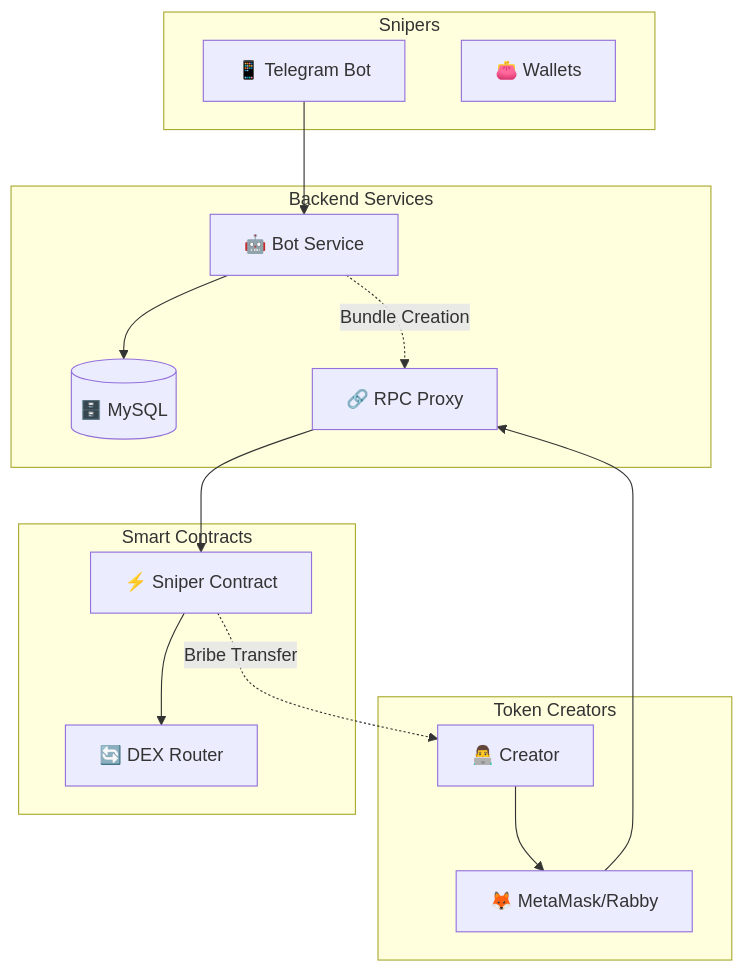
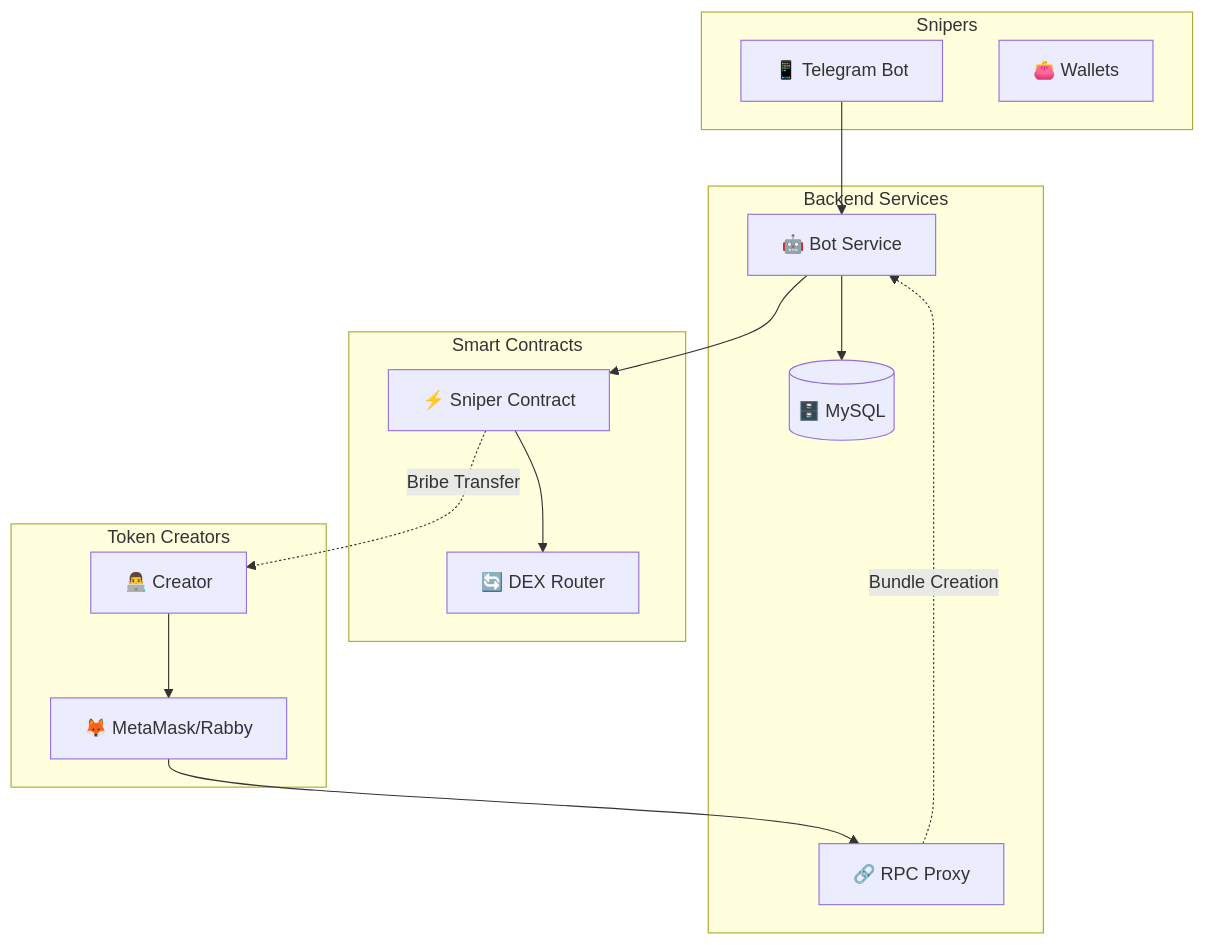
The first of 2 diagrams in README.md (Spame-pr/hack-sniper), drawn with Mermaid before and after one commit.

````diff
--- a/README.md
+++ b/README.md
@@ -16,33 +16,33 @@
 ```mermaid
 graph TB
     subgraph "Snipers"
         TG[📱 Telegram Bot]
         W[👛 Wallets]
     end
     
     subgraph "Backend Services"
         BS[🤖 Bot Service]
         RPC[🔗 RPC Proxy]
         DB[(🗄️ MySQL)]
     end
     
     subgraph "Smart Contracts"
         SC[⚡ Sniper Contract]
         DEX[🔄 DEX Router]
     end
     
     subgraph "Token Creators"
         TC[👨‍💻 Creator]
         MM[🦊 MetaMask/Rabby]
     end
     
     TG --> BS
     BS --> DB
-    RPC --> SC
+    BS --> SC
     SC --> DEX
     TC --> MM
     MM --> RPC
     
-    BS -.->|Bundle Creation| RPC
+    RPC -.->|Bundle Creation| BS
     SC -.->|Bribe Transfer| TC
 ```
````
